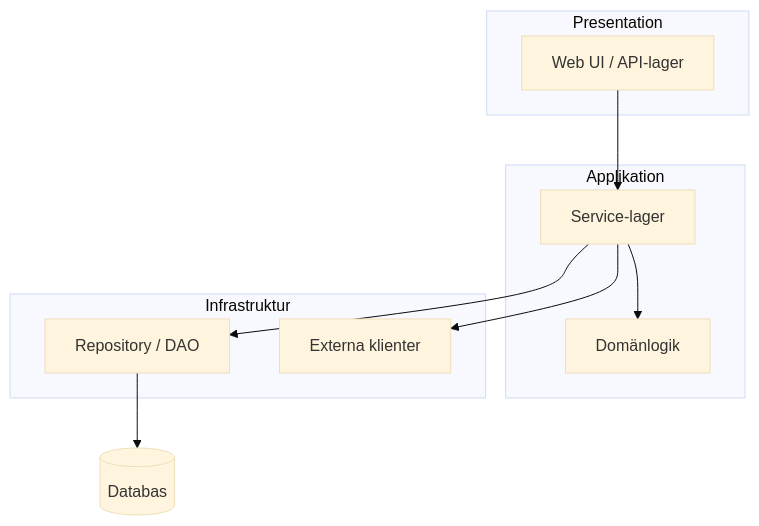
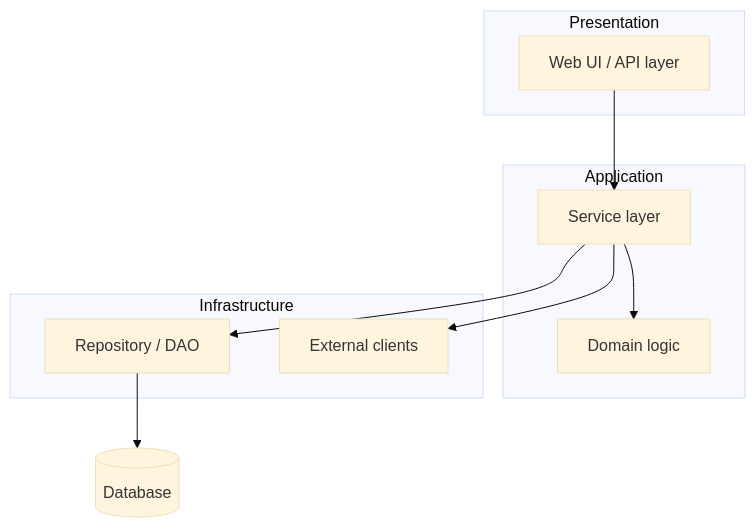
The second of 3 diagrams in templates/03-sad.md (HansJoakimPersson/clarity-framework), drawn with Mermaid (base theme) before and after one commit. The commit also changed other lines of this file and 55 other files, not shown here.

````diff
--- a/templates/03-sad.md
+++ b/templates/03-sad.md
@@ -69,20 +71,20 @@
 ```mermaid
 graph TD
     subgraph Presentation
-        UI[Web UI / API-lager]
+        UI[Web UI / API layer]
     end
-    subgraph Applikation
-        SVC[Service-lager]
-        DOM[Domänlogik]
+    subgraph Application
+        SVC[Service layer]
+        DOM[Domain logic]
     end
-    subgraph Infrastruktur
+    subgraph Infrastructure
         REPO[Repository / DAO]
-        EXT[Externa klienter]
+        EXT[External clients]
     end
 
     UI --> SVC
     SVC --> DOM
     SVC --> REPO
     SVC --> EXT
-    REPO --> DB[(Databas)]
+    REPO --> DB[(Database)]
 ```
````
